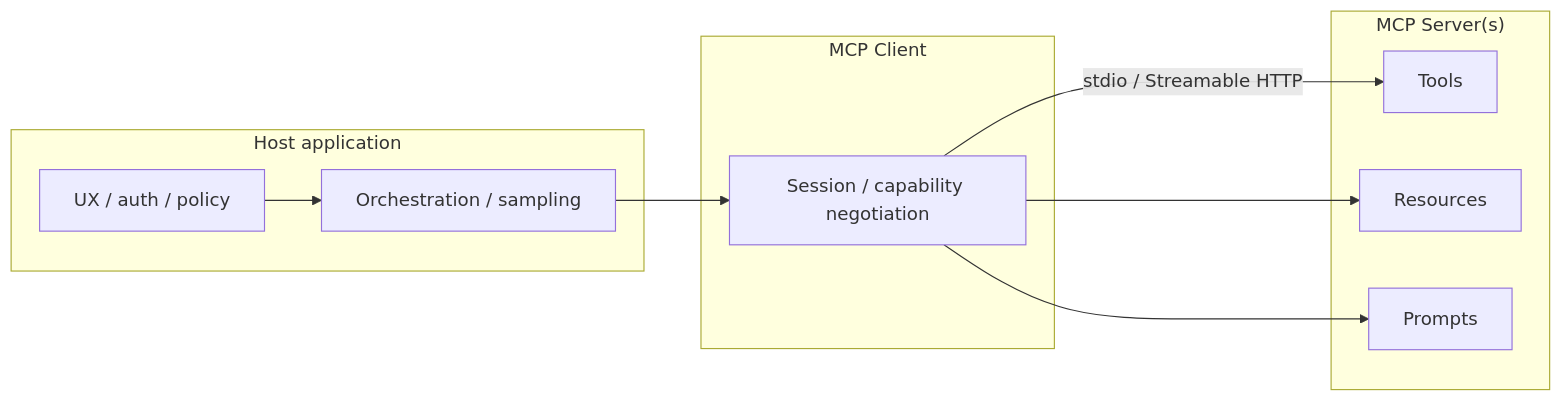
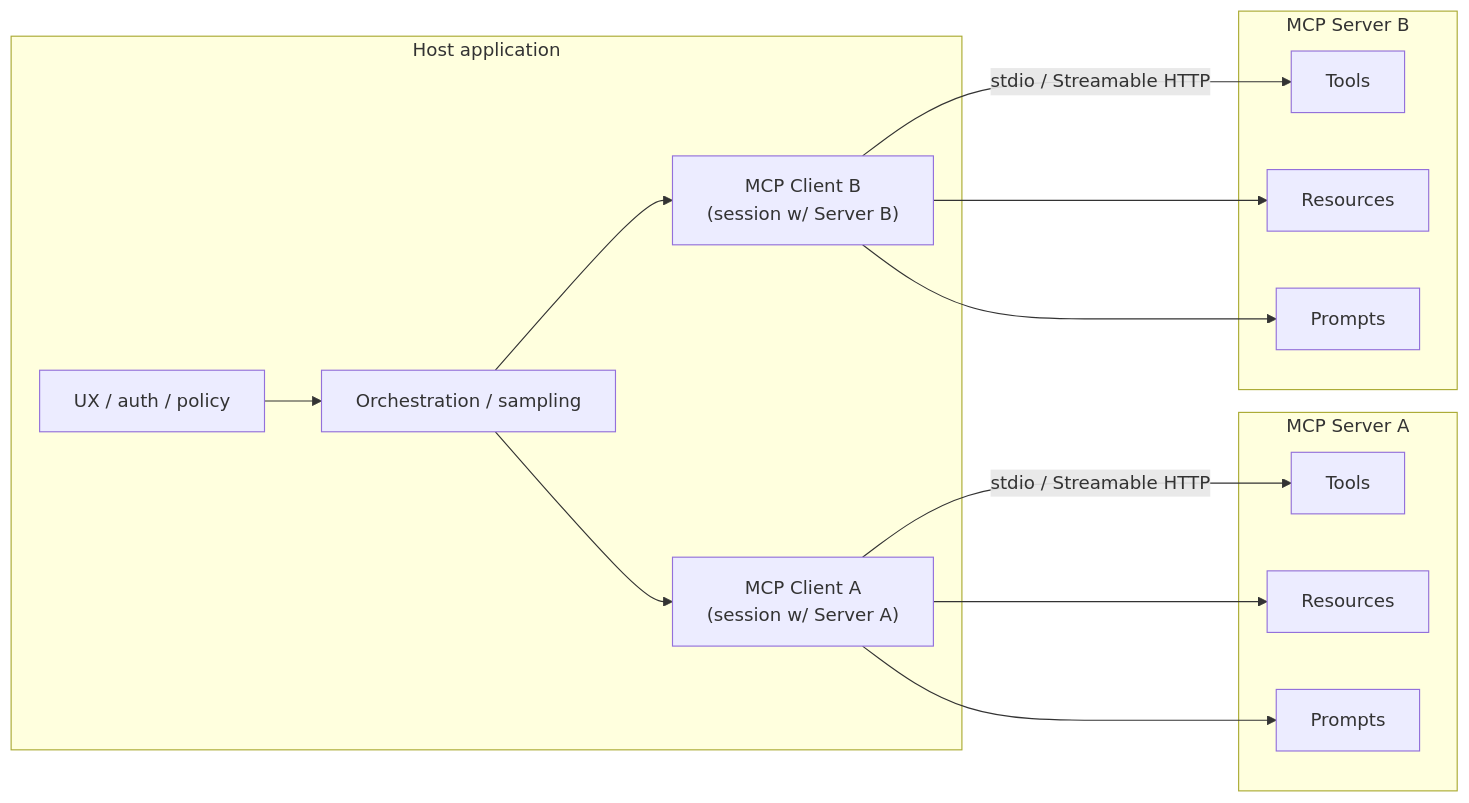
Before and after one commit to sanketn26/AIEngineering: the diagram in docs/core/08-model-context-protocol.md, drawn with Mermaid. The commit also changed other lines of this file and 4 other files, not shown here.

First line of the commit message:
Fix MCP client/server model, RAG/routing confidence claims, temp-0 caveat

````diff
--- a/docs/core/08-model-context-protocol.md
+++ b/docs/core/08-model-context-protocol.md
@@ -37,20 +46,28 @@
 ```mermaid
 flowchart LR
   subgraph Host["Host application"]
     UX[UX / auth / policy]
     Orch[Orchestration / sampling]
+    ClientA["MCP Client A<br/>(session w/ Server A)"]
+    ClientB["MCP Client B<br/>(session w/ Server B)"]
   end
-  subgraph Client["MCP Client"]
-    Sess[Session / capability negotiation]
+  subgraph ServerA["MCP Server A"]
+    TA[Tools]
+    RA[Resources]
+    PA[Prompts]
   end
-  subgraph Servers["MCP Server(s)"]
-    T[Tools]
-    R[Resources]
-    P[Prompts]
+  subgraph ServerB["MCP Server B"]
+    TB[Tools]
+    RB[Resources]
+    PB[Prompts]
   end
   UX --> Orch
-  Orch --> Sess
-  Sess -->|stdio / Streamable HTTP| T
-  Sess --> R
-  Sess --> P
+  Orch --> ClientA
+  Orch --> ClientB
+  ClientA -->|stdio / Streamable HTTP| TA
+  ClientA --> RA
+  ClientA --> PA
+  ClientB -->|stdio / Streamable HTTP| TB
+  ClientB --> RB
+  ClientB --> PB
 ```
````
